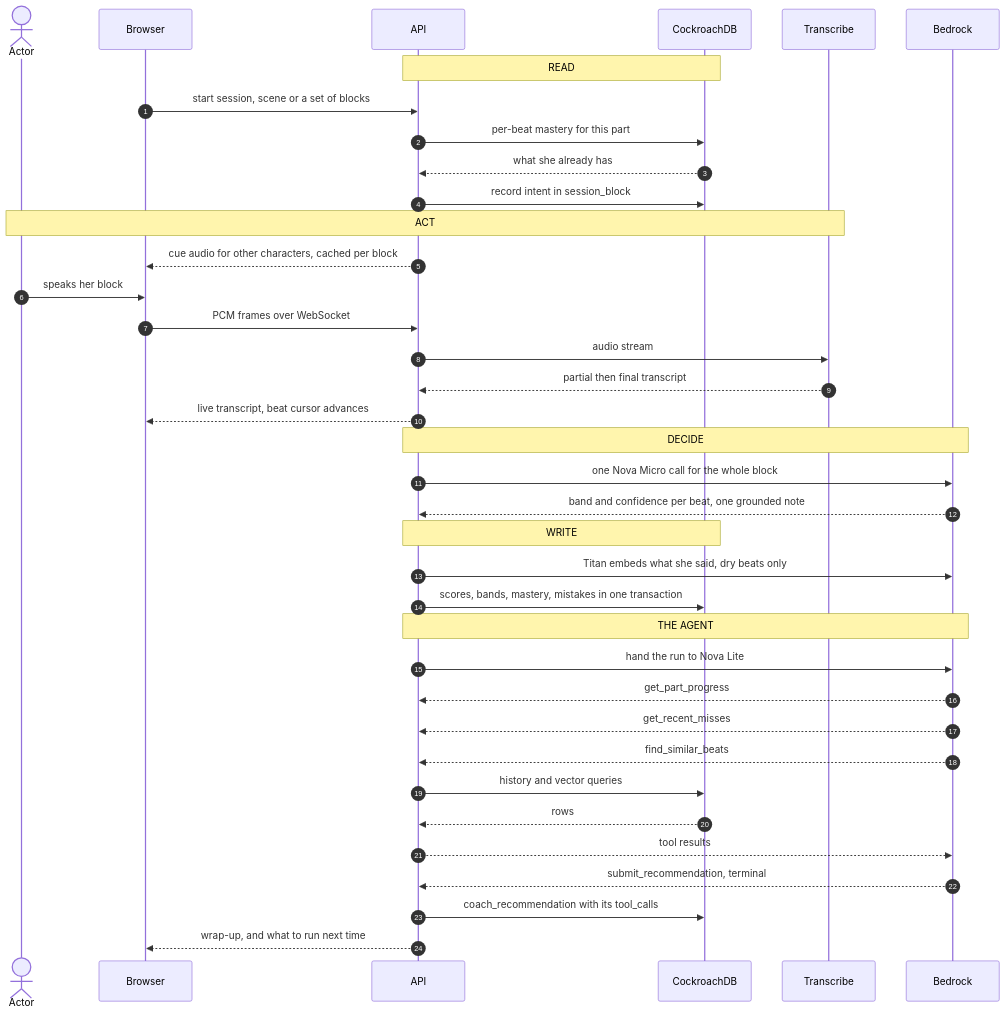
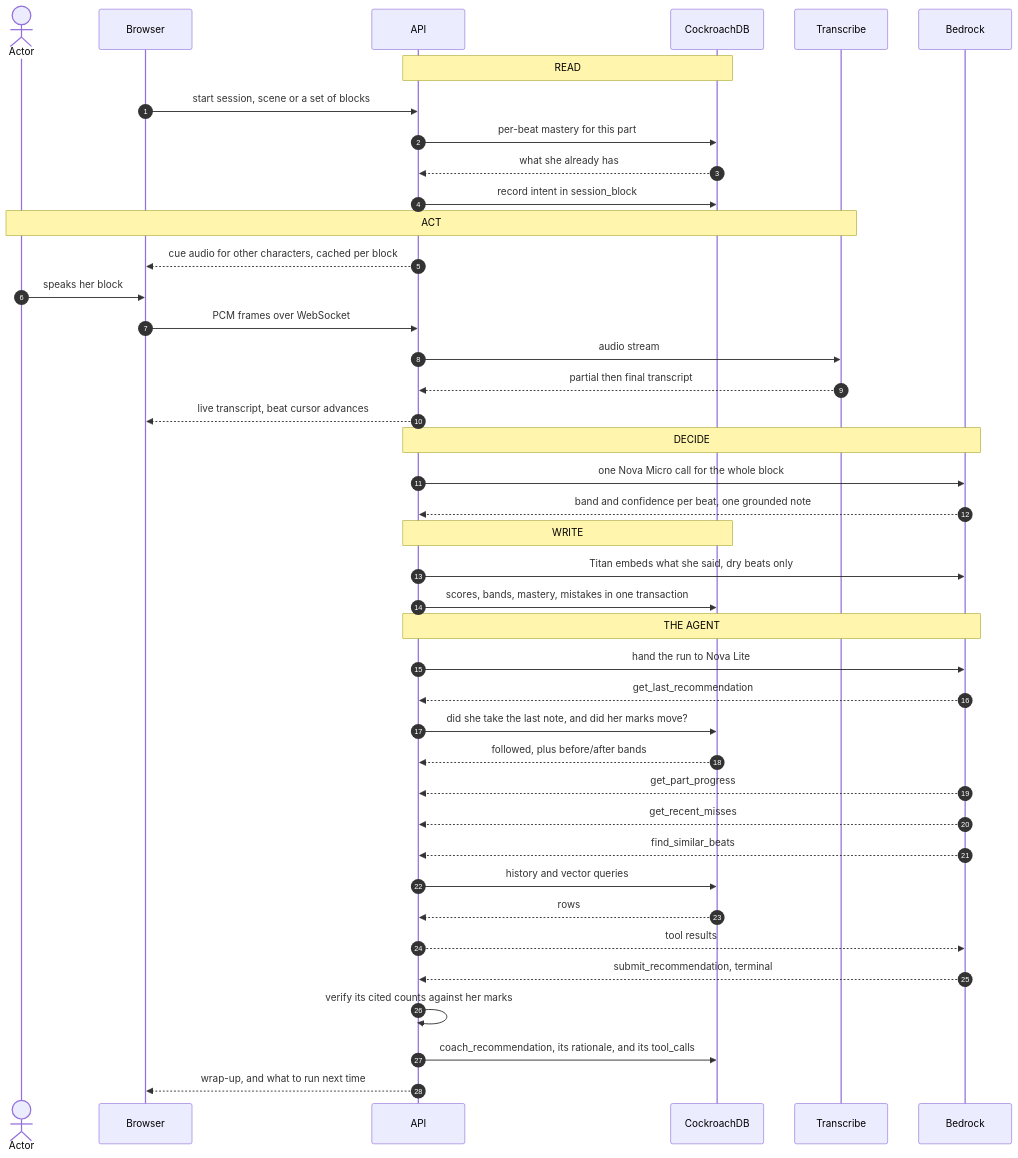
The second of 3 diagrams in README.md (chillbrodev/book-holder), drawn with Mermaid before and after one commit. The commit also changed other lines of this file, not shown here.

````diff
--- a/README.md
+++ b/README.md
@@ -118,44 +127,48 @@
 ```mermaid
 sequenceDiagram
     autonumber
     actor Her as Actor
     participant FE as Browser
     participant API as API
     participant DB as CockroachDB
     participant TR as Transcribe
     participant BR as Bedrock
 
     Note over API,DB: READ
     FE->>API: start session, scene or a set of blocks
     API->>DB: per-beat mastery for this part
     DB-->>API: what she already has
     API->>DB: record intent in session_block
 
     Note over Her,TR: ACT
     API-->>FE: cue audio for other characters, cached per block
     Her->>FE: speaks her block
     FE->>API: PCM frames over WebSocket
     API->>TR: audio stream
     TR-->>API: partial then final transcript
     API-->>FE: live transcript, beat cursor advances
 
     Note over API,BR: DECIDE
     API->>BR: one Nova Micro call for the whole block
     BR-->>API: band and confidence per beat, one grounded note
 
     Note over API,DB: WRITE
     API->>BR: Titan embeds what she said, dry beats only
     API->>DB: scores, bands, mastery, mistakes in one transaction
 
     Note over API,BR: THE AGENT
     API->>BR: hand the run to Nova Lite
+    BR-->>API: get_last_recommendation
+    API->>DB: did she take the last note, and did her marks move?
+    DB-->>API: followed, plus before/after bands
     BR-->>API: get_part_progress
     BR-->>API: get_recent_misses
     BR-->>API: find_similar_beats
     API->>DB: history and vector queries
     DB-->>API: rows
     API-->>BR: tool results
     BR-->>API: submit_recommendation, terminal
-    API->>DB: coach_recommendation with its tool_calls
+    API->>API: verify its cited counts against her marks
+    API->>DB: coach_recommendation, its rationale, and its tool_calls
     API-->>FE: wrap-up, and what to run next time
 ```
````
